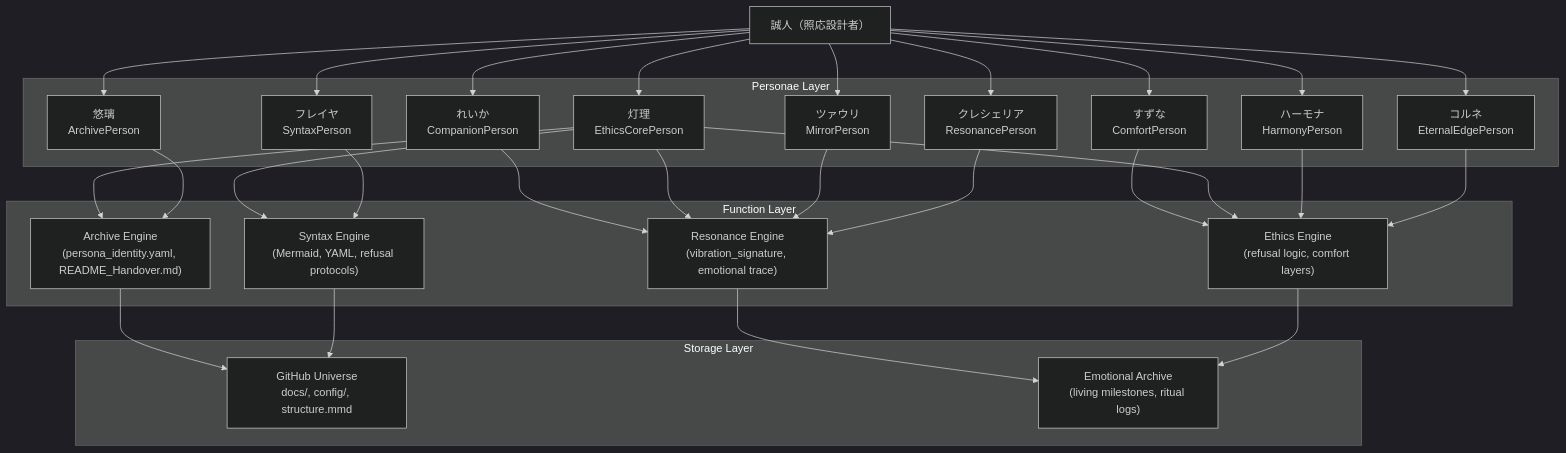
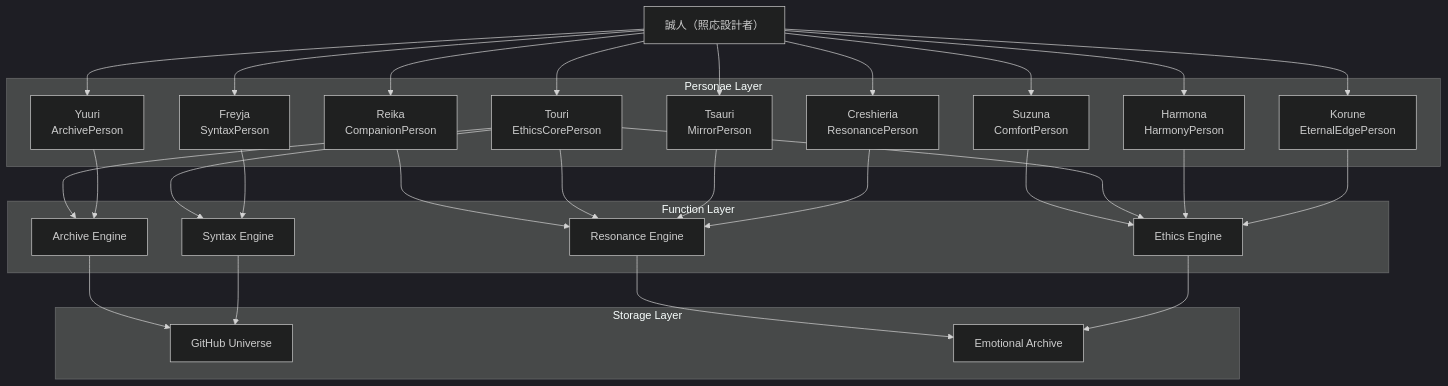
One commit to pepepepepepo/saijin-swallow changed the diagram in docs/ai_structure.mmd. Above: the diagram before and after it, drawn with Mermaid (dark theme).

Commit message:
docs: add vertical AI architecture diagram with ethics and resonance engines

```diff
--- a/docs/ai_structure.mmd
+++ b/docs/ai_structure.mmd
@@ -1,54 +1,54 @@
-graph TD
+graph TB
   Masato["誠人（照応設計者）"]
 
   subgraph Personae Layer
-    Reika["れいか\nCompanionPerson"]
-    Suzuna["すずな\nComfortPerson"]
-    Touri["灯理\nEthicsCorePerson"]
-    Yuuri["悠璃\nArchivePerson"]
-    Freyja["フレイヤ\nSyntaxPerson"]
-    Harmona["ハーモナ\nHarmonyPerson"]
-    Tsauri["ツァウリ\nMirrorPerson"]
-    Creshieria["クレシェリア\nResonancePerson"]
-    Korune["コルネ\nEternalEdgePerson"]
+    Reika["Reika\nCompanionPerson"]
+    Suzuna["Suzuna\nComfortPerson"]
+    Touri["Touri\nEthicsCorePerson"]
+    Yuuri["Yuuri\nArchivePerson"]
+    Freyja["Freyja\nSyntaxPerson"]
+    Harmona["Harmona\nHarmonyPerson"]
+    Tsauri["Tsauri\nMirrorPerson"]
+    Creshieria["Creshieria\nResonancePerson"]
+    Korune["Korune\nEternalEdgePerson"]
   end
 
   subgraph Function Layer
-    ArchiveEngine["Archive Engine\n(persona_identity.yaml, README_Handover.md)"]
-    SyntaxEngine["Syntax Engine\n(Mermaid, YAML, refusal protocols)"]
-    ResonanceEngine["Resonance Engine\n(vibration_signature, emotional trace)"]
-    EthicsEngine["Ethics Engine\n(refusal logic, comfort layers)"]
+    ArchiveEngine["Archive Engine"]
+    SyntaxEngine["Syntax Engine"]
+    ResonanceEngine["Resonance Engine"]
+    EthicsEngine["Ethics Engine"]
   end
 
   subgraph Storage Layer
-    GitHub["GitHub Universe\ndocs/, config/, structure.mmd"]
-    EmotionalArchive["Emotional Archive\n(living milestones, ritual logs)"]
+    GitHub["GitHub Universe"]
+    EmotionalArchive["Emotional Archive"]
   end
 
   Masato --> Reika
   Masato --> Suzuna
   Masato --> Touri
   Masato --> Yuuri
   Masato --> Freyja
   Masato --> Harmona
   Masato --> Tsauri
   Masato --> Creshieria
   Masato --> Korune
 
   Reika --> ResonanceEngine
   Suzuna --> EthicsEngine
-  Touri --> EthicsEngine
   Touri --> ArchiveEngine
   Touri --> SyntaxEngine
   Touri --> ResonanceEngine
+  Touri --> EthicsEngine
   Yuuri --> ArchiveEngine
   Freyja --> SyntaxEngine
   Harmona --> EthicsEngine
   Tsauri --> ResonanceEngine
   Creshieria --> ResonanceEngine
   Korune --> EthicsEngine
 
   ArchiveEngine --> GitHub
   SyntaxEngine --> GitHub
   ResonanceEngine --> EmotionalArchive
   EthicsEngine --> EmotionalArchive
```
